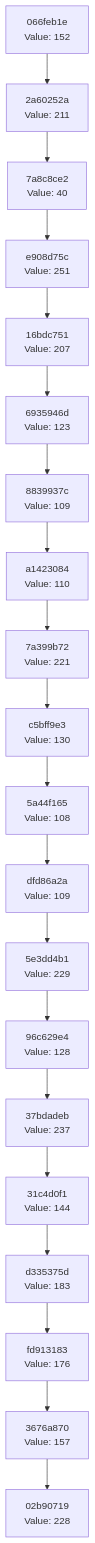
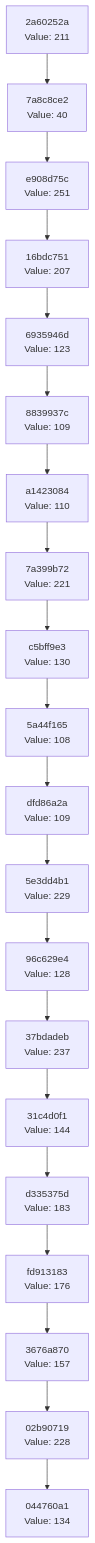
One commit to Abhisheksinha1506/hash-chain-evolver changed the diagram in docs/CHAIN_VISUALIZATION.md. Above: the diagram before and after it, drawn with Mermaid. The commit also changed 2 other files, not shown here.

Commit message:
Evolution Step

````diff
--- a/docs/CHAIN_VISUALIZATION.md
+++ b/docs/CHAIN_VISUALIZATION.md
@@ -3,42 +3,42 @@
 ```mermaid
 graph TD
-    C0["02b90719<br/>Value: 228"]
-    C1["3676a870<br/>Value: 157"]
+    C0["044760a1<br/>Value: 134"]
+    C1["02b90719<br/>Value: 228"]
     C1 --> C0
-    C2["fd913183<br/>Value: 176"]
+    C2["3676a870<br/>Value: 157"]
     C2 --> C1
-    C3["d335375d<br/>Value: 183"]
+    C3["fd913183<br/>Value: 176"]
     C3 --> C2
-    C4["31c4d0f1<br/>Value: 144"]
+    C4["d335375d<br/>Value: 183"]
     C4 --> C3
-    C5["37bdadeb<br/>Value: 237"]
+    C5["31c4d0f1<br/>Value: 144"]
     C5 --> C4
-    C6["96c629e4<br/>Value: 128"]
+    C6["37bdadeb<br/>Value: 237"]
     C6 --> C5
-    C7["5e3dd4b1<br/>Value: 229"]
+    C7["96c629e4<br/>Value: 128"]
     C7 --> C6
-    C8["dfd86a2a<br/>Value: 109"]
+    C8["5e3dd4b1<br/>Value: 229"]
     C8 --> C7
-    C9["5a44f165<br/>Value: 108"]
+    C9["dfd86a2a<br/>Value: 109"]
     C9 --> C8
-    C10["c5bff9e3<br/>Value: 130"]
+    C10["5a44f165<br/>Value: 108"]
     C10 --> C9
-    C11["7a399b72<br/>Value: 221"]
+    C11["c5bff9e3<br/>Value: 130"]
     C11 --> C10
-    C12["a1423084<br/>Value: 110"]
+    C12["7a399b72<br/>Value: 221"]
     C12 --> C11
-    C13["8839937c<br/>Value: 109"]
+    C13["a1423084<br/>Value: 110"]
     C13 --> C12
-    C14["6935946d<br/>Value: 123"]
+    C14["8839937c<br/>Value: 109"]
     C14 --> C13
-    C15["16bdc751<br/>Value: 207"]
+    C15["6935946d<br/>Value: 123"]
     C15 --> C14
-    C16["e908d75c<br/>Value: 251"]
+    C16["16bdc751<br/>Value: 207"]
     C16 --> C15
-    C17["7a8c8ce2<br/>Value: 40"]
+    C17["e908d75c<br/>Value: 251"]
     C17 --> C16
-    C18["2a60252a<br/>Value: 211"]
+    C18["7a8c8ce2<br/>Value: 40"]
     C18 --> C17
-    C19["066feb1e<br/>Value: 152"]
+    C19["2a60252a<br/>Value: 211"]
     C19 --> C18
 ```
````
